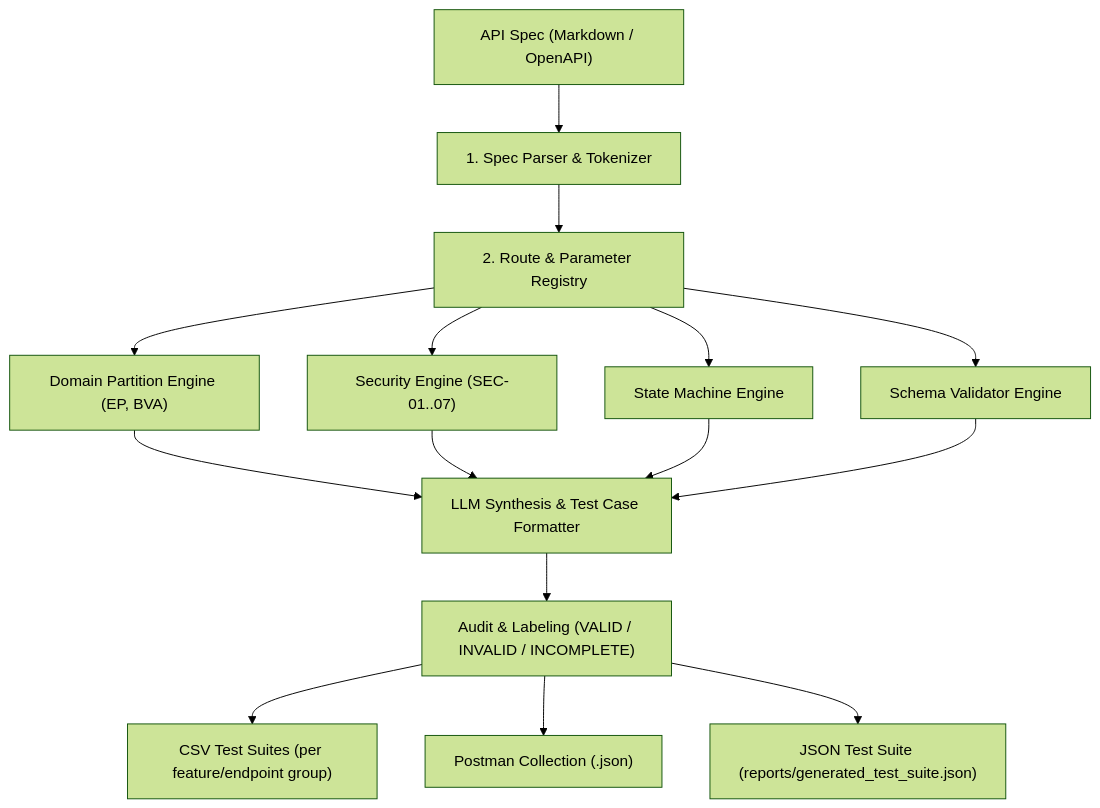
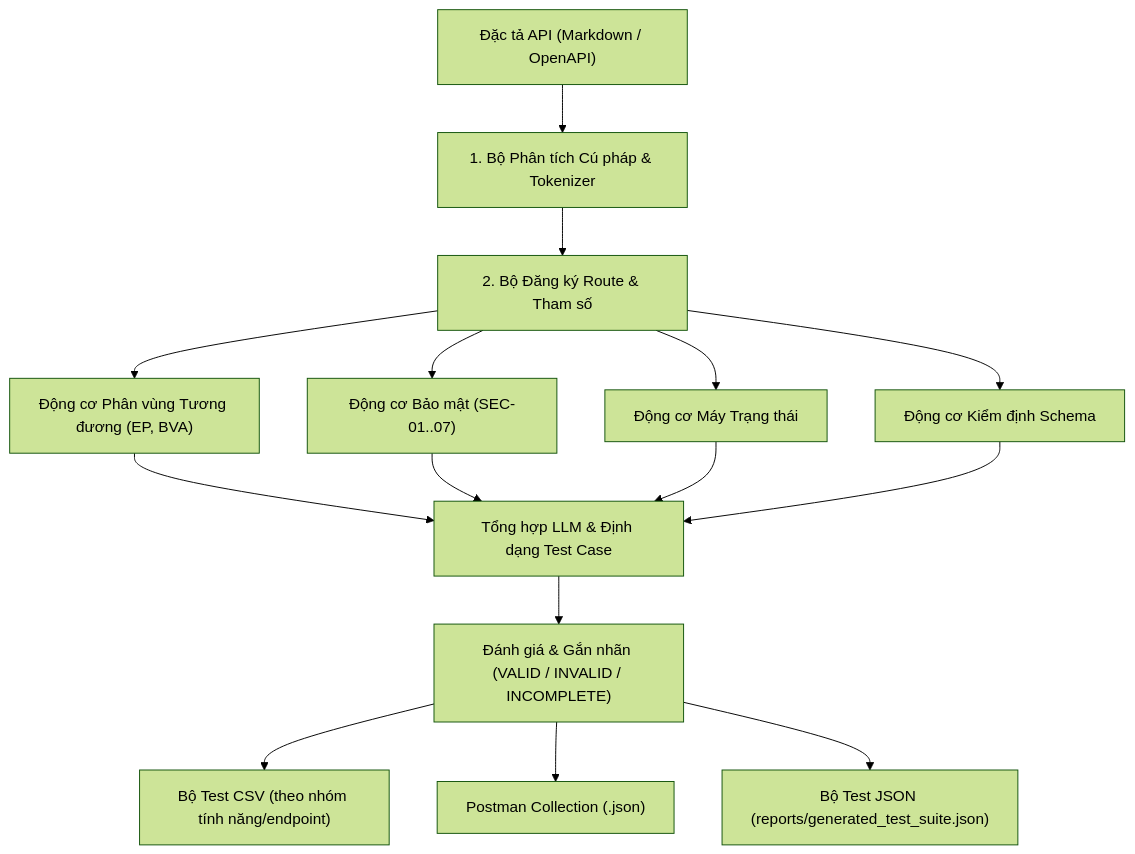
The diagram in .agents/skills/api-test-generator/SKILL.md (DuckTonn/HW06-API-Testing.), drawn with Mermaid (forest theme) before and after one commit. The commit also changed other lines of this file, not shown here.

Commit message:
docs: translate SKILL.md to Vietnamese - all sections, rules, tables, mermaid labels

````diff
--- a/.agents/skills/api-test-generator/SKILL.md
+++ b/.agents/skills/api-test-generator/SKILL.md
@@ -31,17 +31,17 @@
 ```mermaid
 flowchart TD
-    A["API Spec (Markdown / OpenAPI)"] --> B["1. Spec Parser & Tokenizer"]
-    B --> C["2. Route & Parameter Registry"]
-    C --> D1["Domain Partition Engine (EP, BVA)"]
-    C --> D2["Security Engine (SEC-01..07)"]
-    C --> D3["State Machine Engine"]
-    C --> D4["Schema Validator Engine"]
-    D1 --> E["LLM Synthesis & Test Case Formatter"]
+    A["Đặc tả API (Markdown / OpenAPI)"] --> B["1. Bộ Phân tích Cú pháp & Tokenizer"]
+    B --> C["2. Bộ Đăng ký Route & Tham số"]
+    C --> D1["Động cơ Phân vùng Tương đương (EP, BVA)"]
+    C --> D2["Động cơ Bảo mật (SEC-01..07)"]
+    C --> D3["Động cơ Máy Trạng thái"]
+    C --> D4["Động cơ Kiểm định Schema"]
+    D1 --> E["Tổng hợp LLM & Định dạng Test Case"]
     D2 --> E
     D3 --> E
     D4 --> E
-    E --> F["Audit & Labeling (VALID / INVALID / INCOMPLETE)"]
-    F --> G1["CSV Test Suites (per feature/endpoint group)"]
+    E --> F["Đánh giá & Gắn nhãn (VALID / INVALID / INCOMPLETE)"]
+    F --> G1["Bộ Test CSV (theo nhóm tính năng/endpoint)"]
     F --> G2["Postman Collection (.json)"]
-    F --> G3["JSON Test Suite (reports/generated_test_suite.json)"]
+    F --> G3["Bộ Test JSON (reports/generated_test_suite.json)"]
 ```
````
